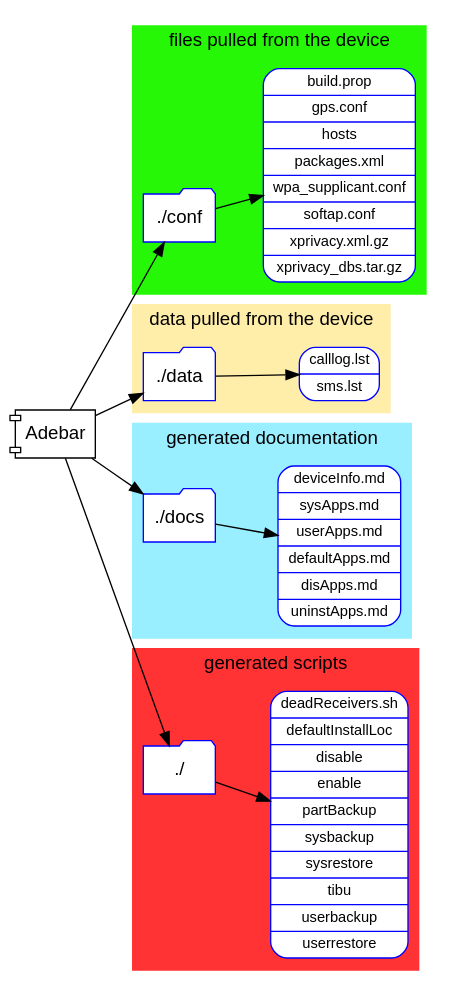
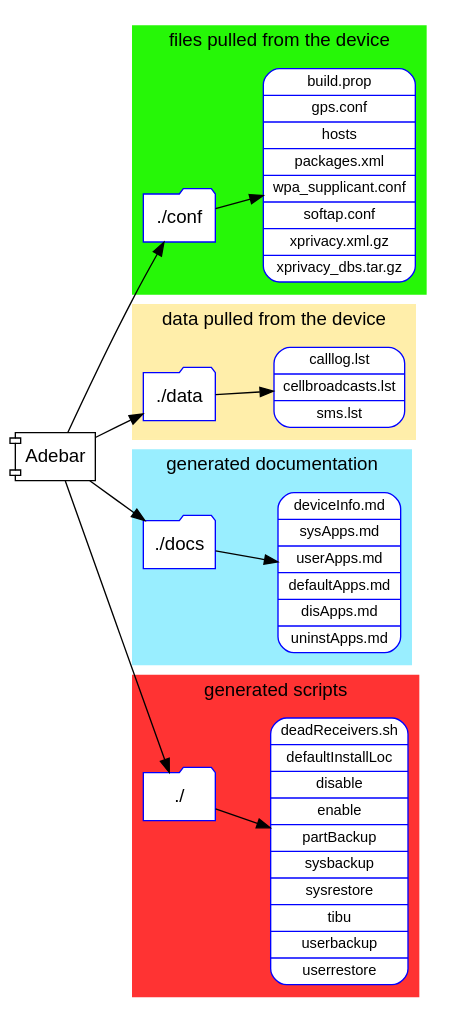
One commit to emtee40/adebar changed the diagram in doc/AdebarFiles.gv. Above: the diagram before and after it, drawn with Graphviz. The commit also changed 3 other files, not shown here.

```diff
--- a/doc/AdebarFiles.gv
+++ b/doc/AdebarFiles.gv
@@ -1,62 +1,62 @@
 digraph AdebarFiles {
 /* Files generated by Adebar. Graphviz data file. */
 
   fontname = Arial;
   node [ fontname = Arial ];
   rankdir = LR;
 
   subgraph cluster_conf {
     rankdir = LR;
     style = filled;
     color = "#26f707";
     node [ style=filled, color=blue, fillcolor=white ];
     label = "files pulled from the device";
 
     conf [ shape = folder, label = "./conf" ];
     conffiles [ shape = Mrecord, fontsize = 11, label = "build.prop|gps.conf|hosts|packages.xml|wpa_supplicant.conf|softap.conf|xprivacy.xml.gz|xprivacy_dbs.tar.gz" ];
     conf -> conffiles;
   }
 
   subgraph cluster_data {
     rankdir = LR;
     style = filled;
     color = "#ffeeaa";
     node [ style=filled, color=blue, fillcolor=white ];
     label = "data pulled from the device";
 
     data [ shape = folder, label = "./data" ];
-    datafiles [ shape = Mrecord, fontsize = 11, label = "calllog.lst|sms.lst" ];
+    datafiles [ shape = Mrecord, fontsize = 11, label = "calllog.lst|cellbroadcasts.lst|sms.lst" ];
     data -> datafiles;
   }
 
   subgraph cluster_doc {
     rankdir = LR;
     style = filled;
     color = "#99eeff";
     node [ style=filled, color=blue, fillcolor=white ];
     label = "generated documentation"
 
     docs [ shape = folder, label = "./docs" ];
     docfiles [ shape = Mrecord, fontsize = 11, label = "deviceInfo.md|sysApps.md|userApps.md|defaultApps.md|disApps.md|uninstApps.md" ];
     docs -> docfiles;
   }
 
   subgraph cluster_scripts {
     rankdir = LR;
     style = filled;
     color = "#ff3333";
     node [ style=filled, color=blue, fillcolor=white ];
     label = "generated scripts";
 
     scripts [ shape = folder, label = "./" ];
     scriptfiles [ shape= Mrecord, fontsize = 11, label = "deadReceivers.sh|defaultInstallLoc|disable|enable|partBackup|sysbackup|sysrestore|tibu|userbackup|userrestore" ];
     scripts -> scriptfiles;
   }
 
   Adebar [ shape = component ];
   Adebar -> conf;
   Adebar -> data;
   Adebar -> docs;
   Adebar -> scripts;
 
 }
```
